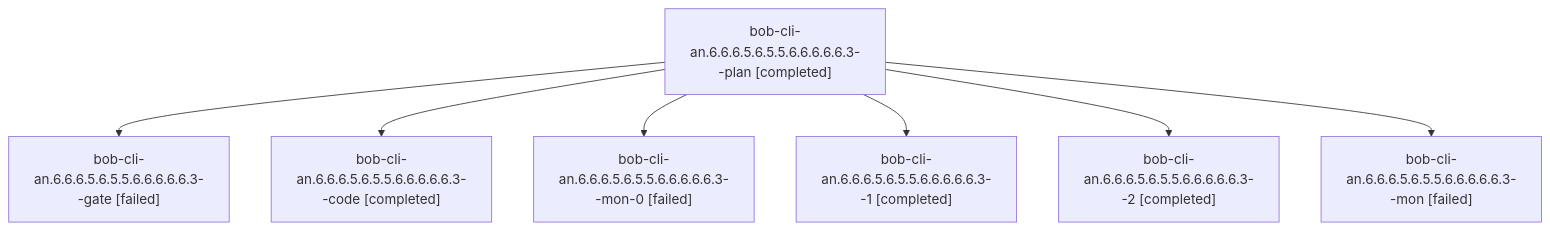
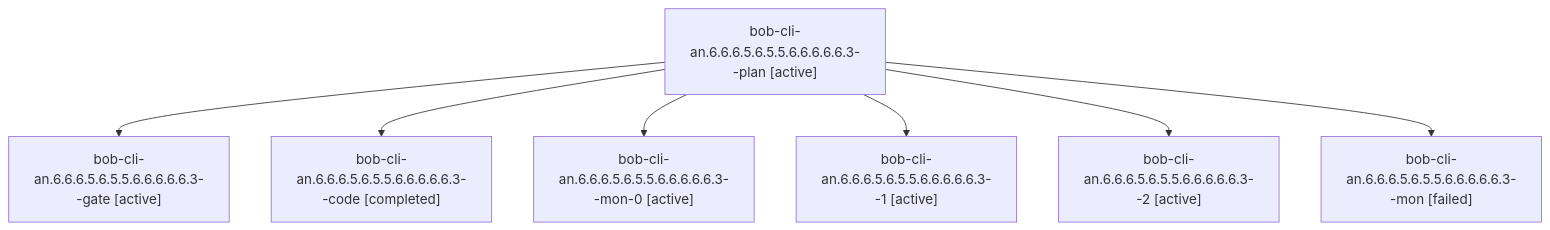
One commit to bobs-org/bob-cli--agents changed the diagram in sessions/bbugyi200.athena.bob-cli-an.6.6.6.5.6.5.5.6.6.6.6.6.3.md. Above: the diagram before and after it, drawn with Mermaid. The commit also changed other lines of this file and 542 other files, not shown here.

````diff
--- a/sessions/bbugyi200.athena.bob-cli-an.6.6.6.5.6.5.5.6.6.6.6.6.3.md
+++ b/sessions/bbugyi200.athena.bob-cli-an.6.6.6.5.6.5.5.6.6.6.6.6.3.md
@@ -9,16 +9,16 @@
 ```mermaid
 flowchart TD
-  n0["bob-cli-an.6.6.6.5.6.5.5.6.6.6.6.6.3--plan [completed]"]
-  n1["bob-cli-an.6.6.6.5.6.5.5.6.6.6.6.6.3--gate [failed]"]
+  n0["bob-cli-an.6.6.6.5.6.5.5.6.6.6.6.6.3--plan [active]"]
+  n1["bob-cli-an.6.6.6.5.6.5.5.6.6.6.6.6.3--gate [active]"]
   n0 --> n1
   n2["bob-cli-an.6.6.6.5.6.5.5.6.6.6.6.6.3--code [completed]"]
   n0 --> n2
-  n3["bob-cli-an.6.6.6.5.6.5.5.6.6.6.6.6.3--mon-0 [failed]"]
+  n3["bob-cli-an.6.6.6.5.6.5.5.6.6.6.6.6.3--mon-0 [active]"]
   n0 --> n3
-  n4["bob-cli-an.6.6.6.5.6.5.5.6.6.6.6.6.3--1 [completed]"]
+  n4["bob-cli-an.6.6.6.5.6.5.5.6.6.6.6.6.3--1 [active]"]
   n0 --> n4
-  n5["bob-cli-an.6.6.6.5.6.5.5.6.6.6.6.6.3--2 [completed]"]
+  n5["bob-cli-an.6.6.6.5.6.5.5.6.6.6.6.6.3--2 [active]"]
   n0 --> n5
   n6["bob-cli-an.6.6.6.5.6.5.5.6.6.6.6.6.3--mon [failed]"]
   n0 --> n6
 ```
````
